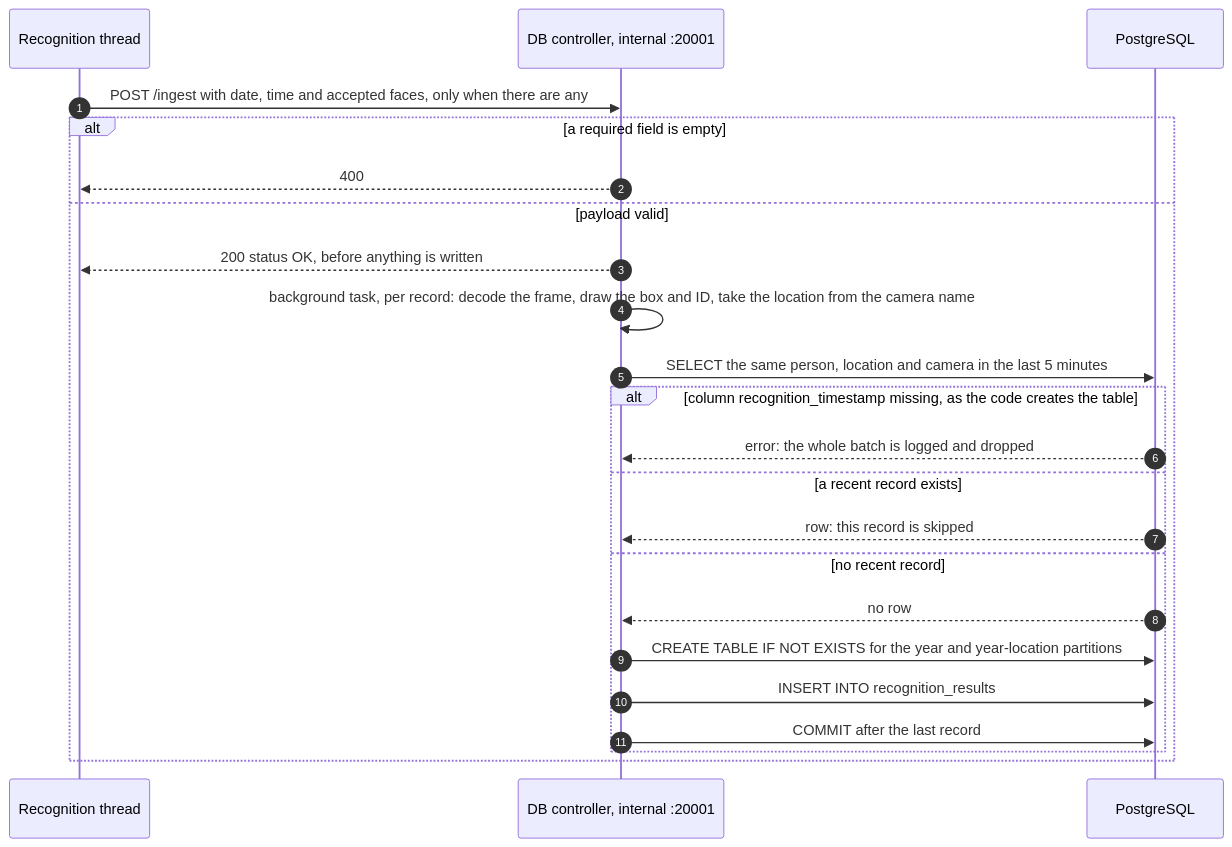
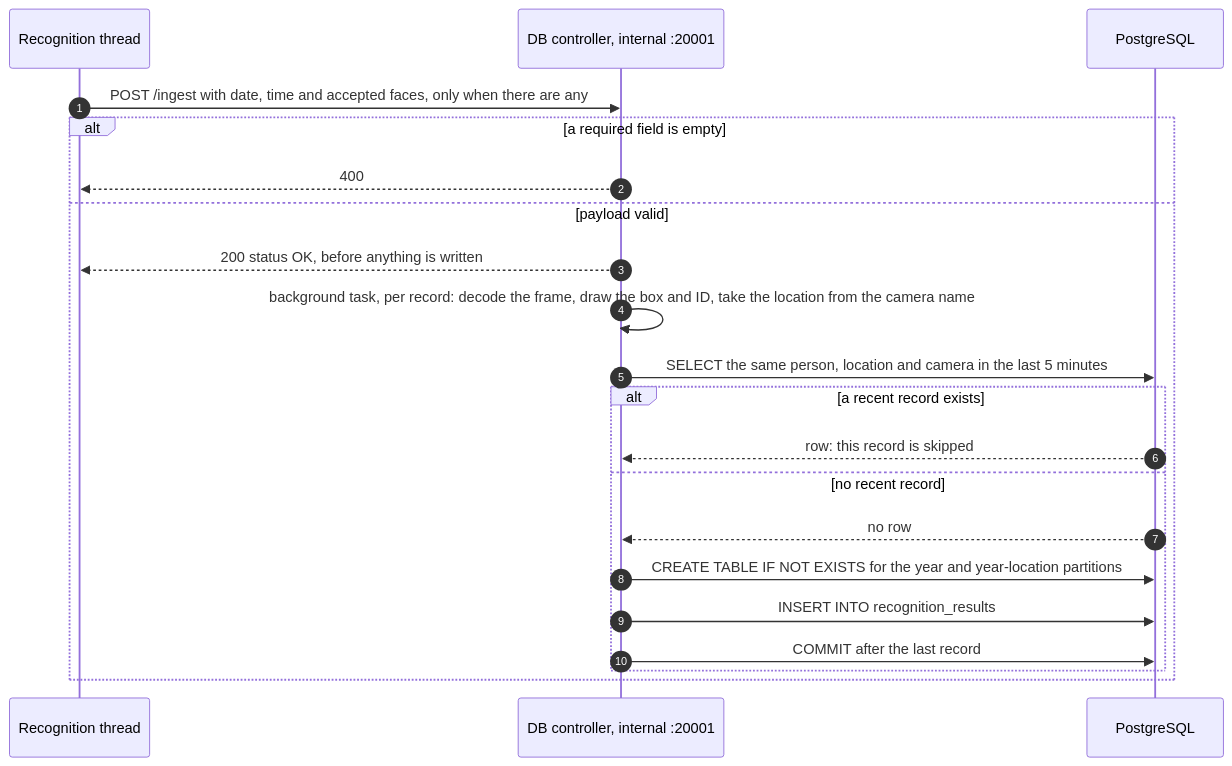
Before and after one commit to hamza-aziz-ai/CCTV-Face-Recognition-Attendance-System: the third of 8 diagrams in docs/FLOW.md, drawn with Mermaid. The commit also changed other lines of this file and 3 other files, not shown here.

````diff
--- a/docs/FLOW.md
+++ b/docs/FLOW.md
@@ -154,25 +154,23 @@
 ```mermaid
 sequenceDiagram
     autonumber
     participant C as Recognition thread
     participant DBC as DB controller, internal :20001
     participant PG as PostgreSQL
     C->>DBC: POST /ingest with date, time and accepted faces, only when there are any
     alt a required field is empty
         DBC-->>C: 400
     else payload valid
         DBC-->>C: 200 status OK, before anything is written
         DBC->>DBC: background task, per record: decode the frame, draw the box and ID, take the location from the camera name
         DBC->>PG: SELECT the same person, location and camera in the last 5 minutes
-        alt column recognition_timestamp missing, as the code creates the table
-            PG-->>DBC: error: the whole batch is logged and dropped
-        else a recent record exists
+        alt a recent record exists
             PG-->>DBC: row: this record is skipped
         else no recent record
             PG-->>DBC: no row
             DBC->>PG: CREATE TABLE IF NOT EXISTS for the year and year-location partitions
             DBC->>PG: INSERT INTO recognition_results
             DBC->>PG: COMMIT after the last record
         end
     end
 ```
````
